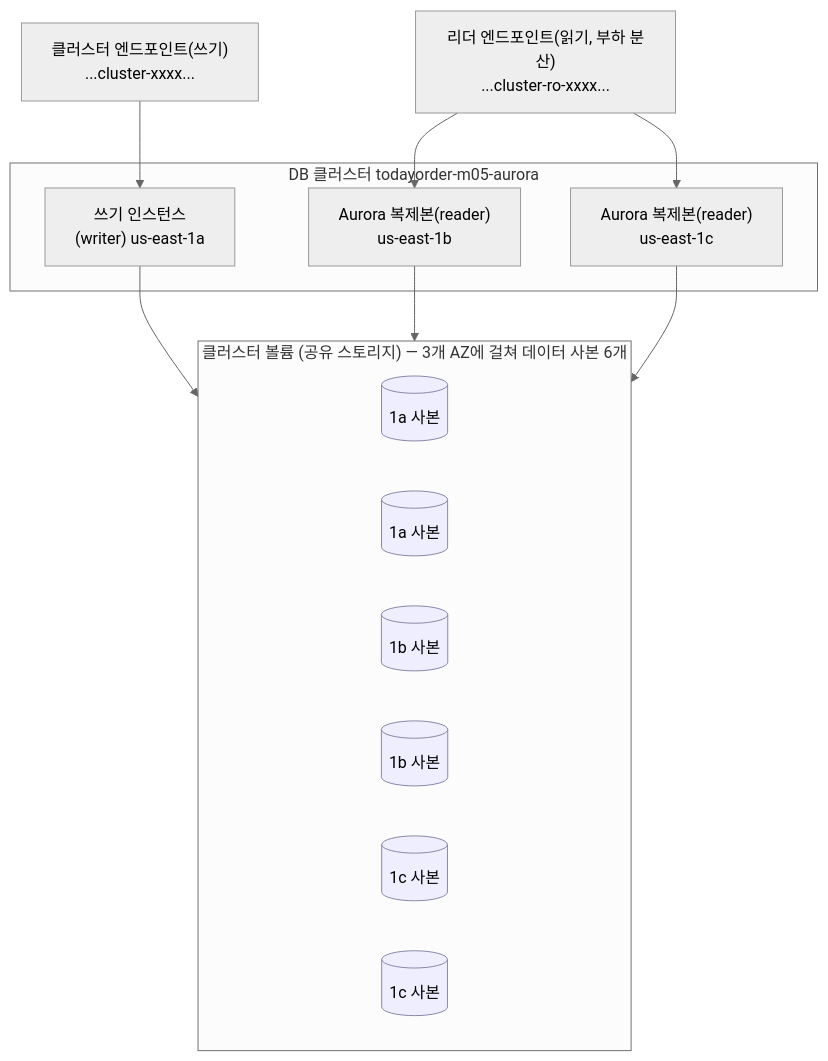
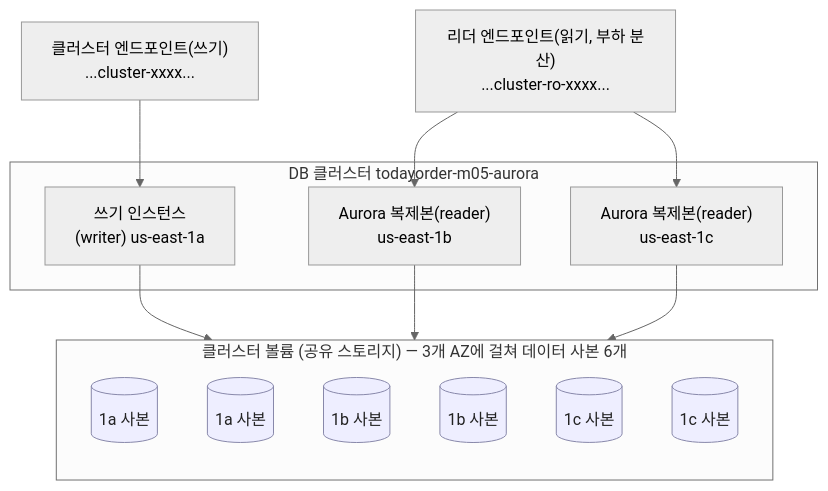
One commit to Ring-wdr/aws-newbie-guide changed the first of 2 diagrams in curriculum/m05-databases/03-aurora-and-rds-proxy.md. Above: the diagram before and after it, drawn with Mermaid (neutral theme). The commit also changed 2 other files, not shown here.

Commit message:
fix(m05): Mermaid 배치 표기만 고쳐 다이어그램 가독성 개선
- 01 RDS 부품 그림: flowchart TB → LR (서브넷 그룹 간선이 VPC·서브넷 제목을 가로지르던 문제)
- 03 Aurora 그림: 클러스터 볼륨에 direction TB (사본 6개가 세로로 840px 쌓이던 문제),
  classDef s 에 color:#222 (다크 테마에서 사본 라벨이 밝은 바탕에 밝은 글자로 안 보이던 문제)
- 07 목적별 DB 그림: flowchart TD → LR (2254px 가로 그림에서 첫 화면에 루트가 안 보이던 문제)

노드·간선·라벨 텍스트는 그대로다.

Claude-Session: https://claude.ai/code/session_01DeNo2kh1sS2tCtnra9en3B

````diff
--- a/curriculum/m05-databases/03-aurora-and-rds-proxy.md
+++ b/curriculum/m05-databases/03-aurora-and-rds-proxy.md
@@ -12,23 +12,24 @@
 ```mermaid
 flowchart TB
   subgraph C["DB 클러스터 todayorder-m05-aurora"]
     W["쓰기 인스턴스<br/>(writer) us-east-1a"]
     R1["Aurora 복제본(reader)<br/>us-east-1b"]
     R2["Aurora 복제본(reader)<br/>us-east-1c"]
   end
   subgraph V["클러스터 볼륨 (공유 스토리지) — 3개 AZ에 걸쳐 데이터 사본 6개"]
+    direction TB
     A1[(1a 사본)]:::s
     A2[(1a 사본)]:::s
     B1[(1b 사본)]:::s
     B2[(1b 사본)]:::s
     C1[(1c 사본)]:::s
     C2[(1c 사본)]:::s
   end
   W --> V
   R1 --> V
   R2 --> V
   EPW["클러스터 엔드포인트(쓰기)<br/>...cluster-xxxx..."] --> W
   EPR["리더 엔드포인트(읽기, 부하 분산)<br/>...cluster-ro-xxxx..."] --> R1
   EPR --> R2
-  classDef s fill:#eef,stroke:#88a
+  classDef s fill:#eef,stroke:#88a,color:#222
 ```
````
